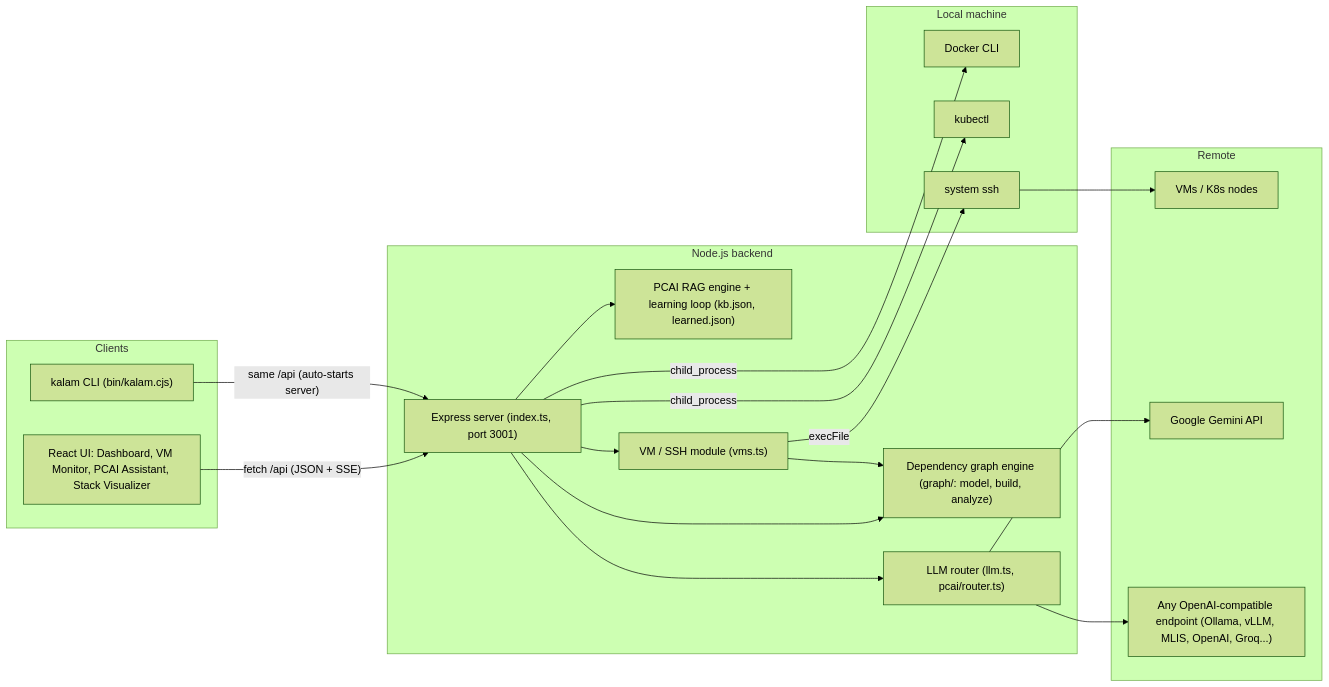
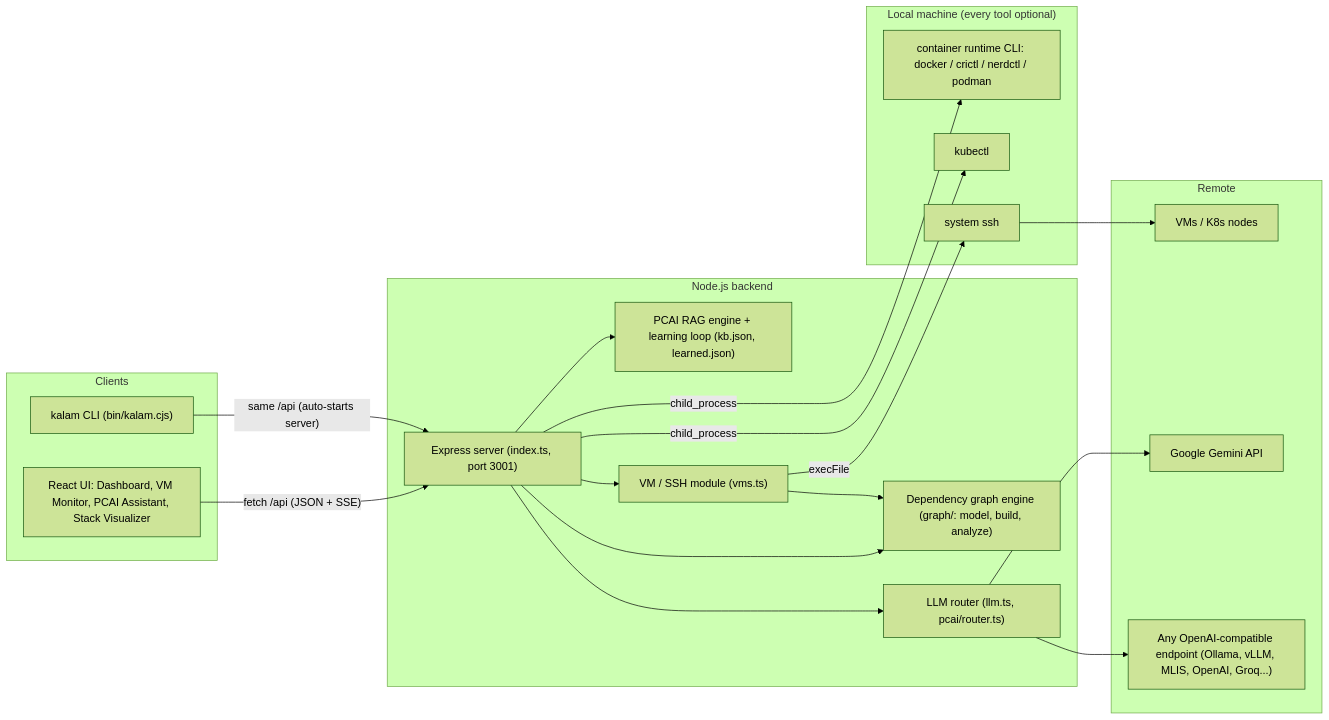
Before and after one commit to AdityaRam24/kalam: the first of 8 diagrams in ARCHITECTURE.md, drawn with Mermaid (forest theme). The commit also changed other lines of this file and 5 other files, not shown here.

````diff
--- a/ARCHITECTURE.md
+++ b/ARCHITECTURE.md
@@ -17,41 +17,41 @@
 ```mermaid
 flowchart LR
     subgraph B["Clients"]
         UI["React UI: Dashboard, VM Monitor, PCAI Assistant, Stack Visualizer"]
         CLI["kalam CLI (bin/kalam.cjs)"]
     end
 
     subgraph N["Node.js backend"]
         API["Express server (index.ts, port 3001)"]
         RAG["PCAI RAG engine + learning loop (kb.json, learned.json)"]
         VMS["VM / SSH module (vms.ts)"]
         GRAPH["Dependency graph engine (graph/: model, build, analyze)"]
         LLM["LLM router (llm.ts, pcai/router.ts)"]
     end
 
-    subgraph L["Local machine"]
-        DOCKER["Docker CLI"]
+    subgraph L["Local machine (every tool optional)"]
+        DOCKER["container runtime CLI: docker / crictl / nerdctl / podman"]
         KUBECTL["kubectl"]
         SSHBIN["system ssh"]
     end
 
     subgraph R["Remote"]
         VM["VMs / K8s nodes"]
         GEMINI["Google Gemini API"]
         ANY["Any OpenAI-compatible endpoint (Ollama, vLLM, MLIS, OpenAI, Groq...)"]
     end
 
     UI -->|"fetch /api (JSON + SSE)"| API
     CLI -->|"same /api (auto-starts server)"| API
     API --> RAG
     API --> VMS
     API --> GRAPH
     VMS --> GRAPH
     API --> LLM
     API -->|child_process| DOCKER
     API -->|child_process| KUBECTL
     VMS -->|execFile| SSHBIN
     SSHBIN --> VM
     LLM --> GEMINI
     LLM --> ANY
 ```
````
